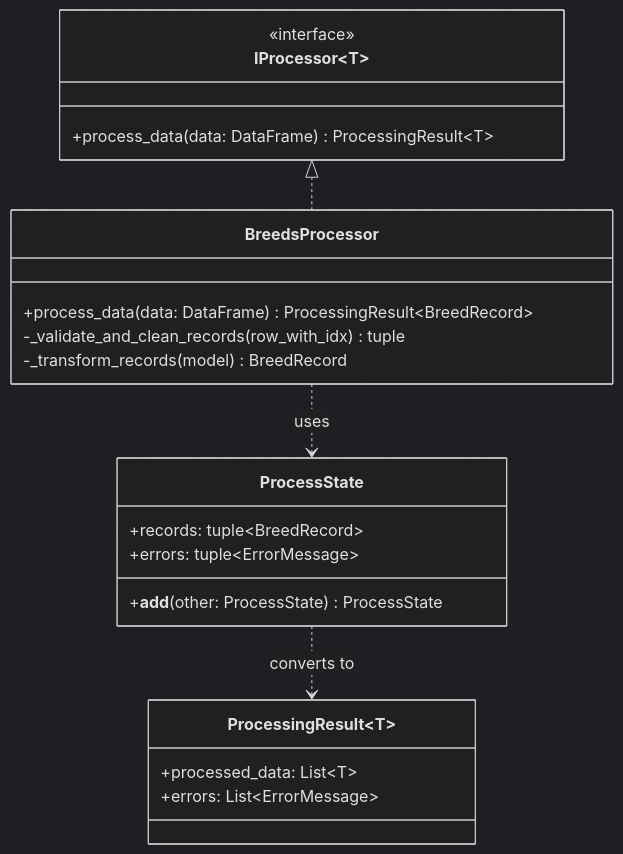
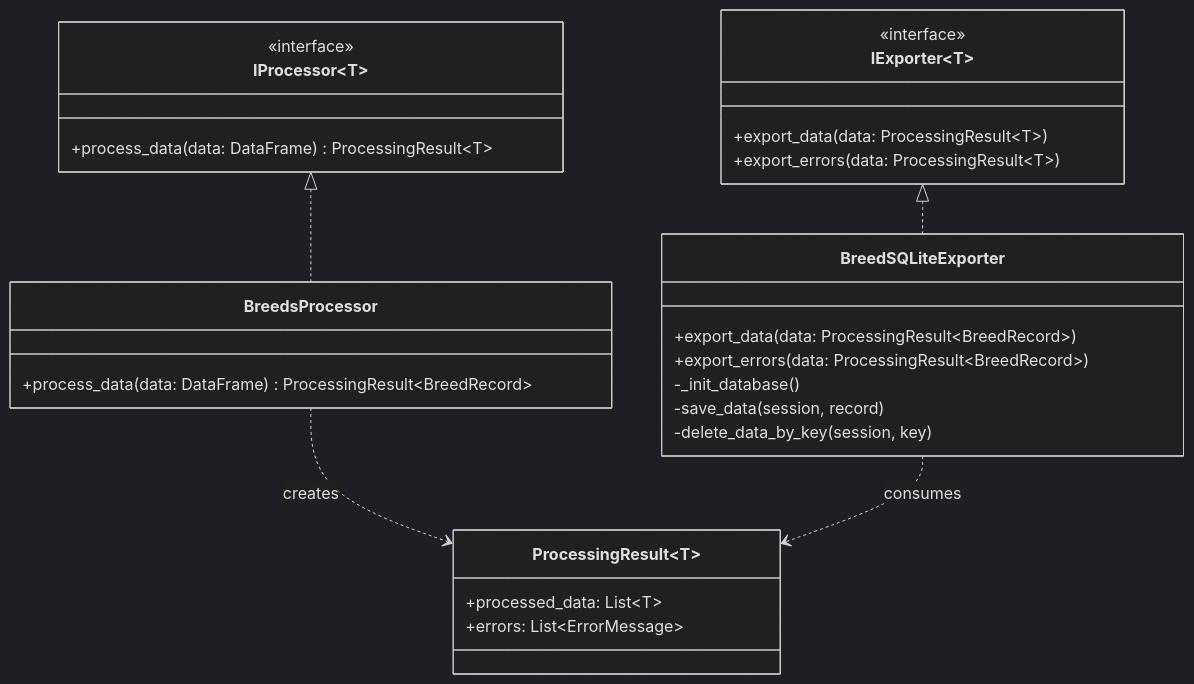
The first of 3 diagrams in docs/breeds_processor_flow.md (gurumfj/date-calculator-htmx), drawn with Mermaid (dark theme) before and after one commit. The commit also changed other lines of this file and 9 other files, not shown here.

First line of the commit message:
Refactor breeds data processing with improved export and synchronization strategy

````diff
--- a/docs/breeds_processor_flow.md
+++ b/docs/breeds_processor_flow.md
@@ -5,28 +5,35 @@
 ```mermaid
 classDiagram
     class IProcessor~T~ {
         <<interface>>
         +process_data(data: DataFrame) ProcessingResult~T~
     }
     
+    class IExporter~T~ {
+        <<interface>>
+        +export_data(data: ProcessingResult~T~)
+        +export_errors(data: ProcessingResult~T~)
+    }
+    
     class BreedsProcessor {
         +process_data(data: DataFrame) ProcessingResult~BreedRecord~
-        -_validate_and_clean_records(row_with_idx) tuple
-        -_transform_records(model) BreedRecord
     }
     
-    class ProcessState {
-        +records: tuple~BreedRecord~
-        +errors: tuple~ErrorMessage~
-        +__add__(other: ProcessState) ProcessState
+    class BreedSQLiteExporter {
+        +export_data(data: ProcessingResult~BreedRecord~)
+        +export_errors(data: ProcessingResult~BreedRecord~)
+        -_init_database()
+        -save_data(session, record)
+        -delete_data_by_key(session, key)
     }
     
     class ProcessingResult~T~ {
         +processed_data: List~T~
         +errors: List~ErrorMessage~
     }
 
     IProcessor <|.. BreedsProcessor
-    BreedsProcessor ..> ProcessState : uses
-    ProcessState ..> ProcessingResult : converts to
+    IExporter <|.. BreedSQLiteExporter
+    BreedsProcessor ..> ProcessingResult : creates
+    BreedSQLiteExporter ..> ProcessingResult : consumes
 ```
````
